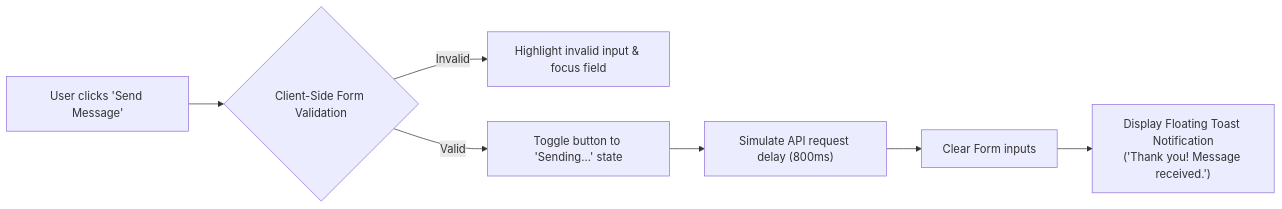
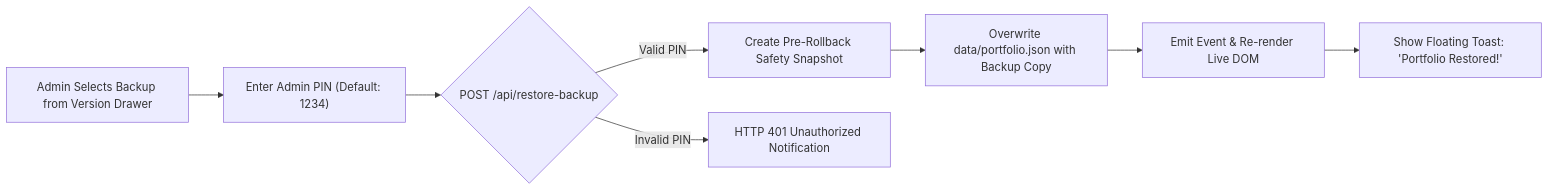
One commit to alam292/Protfolio changed the sixth of 7 diagrams in README.md. Above: the diagram before and after it, drawn with Mermaid. The commit also changed other lines of this file, not shown here.

Commit message:
docs: update README with enhanced project highlights, architecture, and tech stack details

````diff
--- a/README.md
+++ b/README.md
@@ -213,9 +316,10 @@
 ```mermaid
 flowchart LR
-    Submit["User clicks 'Send Message'"] --> Validate{"Client-Side Form Validation"}
-    Validate -- Invalid --> Error["Highlight invalid input & focus field"]
-    Validate -- Valid --> Loading["Toggle button to 'Sending...' state"]
-    Loading --> Simulate["Simulate API request delay (800ms)"]
-    Simulate --> Reset["Clear Form inputs"]
-    Reset --> Toast["Display Floating Toast Notification<br/>('Thank you! Message received.')"]
+    Trigger["Admin Selects Backup from Version Drawer"] --> PINPrompt["Enter Admin PIN (Default: 1234)"]
+    PINPrompt --> VerifyAPI{"POST /api/restore-backup"}
+    VerifyAPI -- Valid PIN --> SafetySnap["Create Pre-Rollback Safety Snapshot"]
+    SafetySnap --> RestoreFile["Overwrite data/portfolio.json with Backup Copy"]
+    RestoreFile --> Dispatch["Emit Event & Re-render Live DOM"]
+    Dispatch --> Toast["Show Floating Toast: 'Portfolio Restored!'"]
+    VerifyAPI -- Invalid PIN --> Error["HTTP 401 Unauthorized Notification"]
 ```
````
